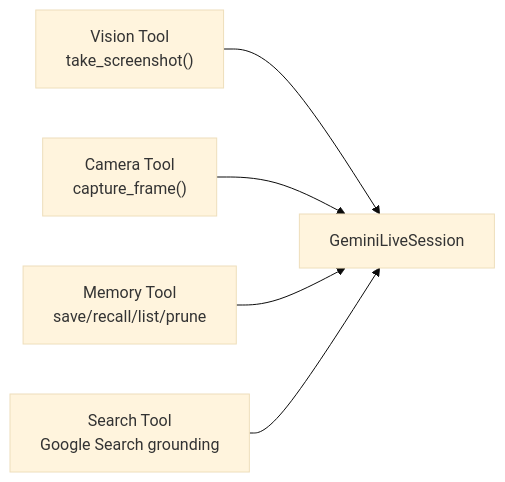
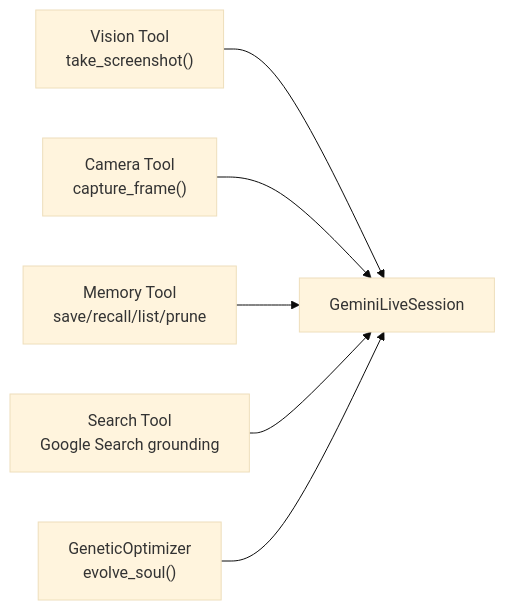
The seventh of 13 diagrams in .qoder/repowiki/en/content/AI Integration Layer/AI Integration Layer.md (Moeabdelaziz007/Aether-Voice-OS), drawn with Mermaid (base theme) before and after one commit. The commit also changed other lines of this file and 29 other files, not shown here.

````diff
--- a/.qoder/repowiki/en/content/AI Integration Layer/AI Integration Layer.md
+++ b/.qoder/repowiki/en/content/AI Integration Layer/AI Integration Layer.md
@@ -296,7 +350,8 @@
 ```mermaid
 graph LR
 VT["Vision Tool<br/>take_screenshot()"] --> GLS["GeminiLiveSession"]
 CT["Camera Tool<br/>capture_frame()"] --> GLS
 MT["Memory Tool<br/>save/recall/list/prune"] --> GLS
 ST["Search Tool<br/>Google Search grounding"] --> GLS
+GEN["GeneticOptimizer<br/>evolve_soul()"] --> GLS
 ```
````
